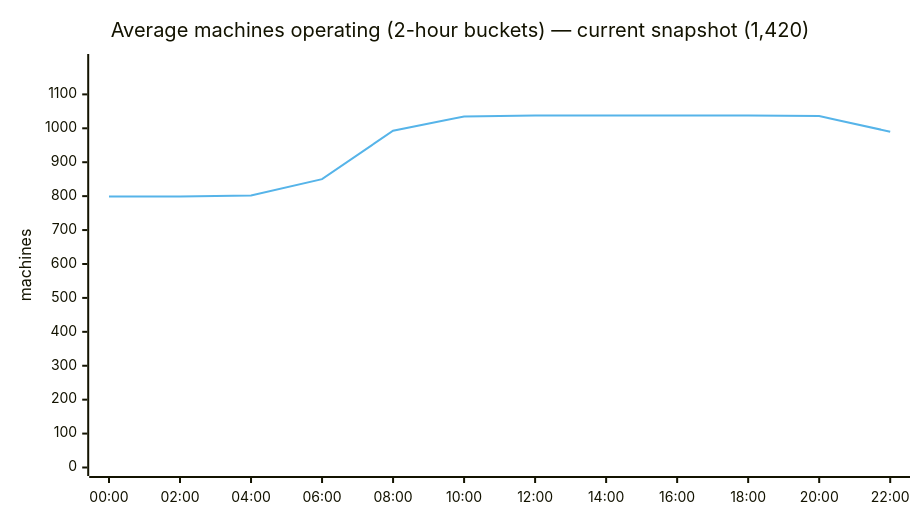
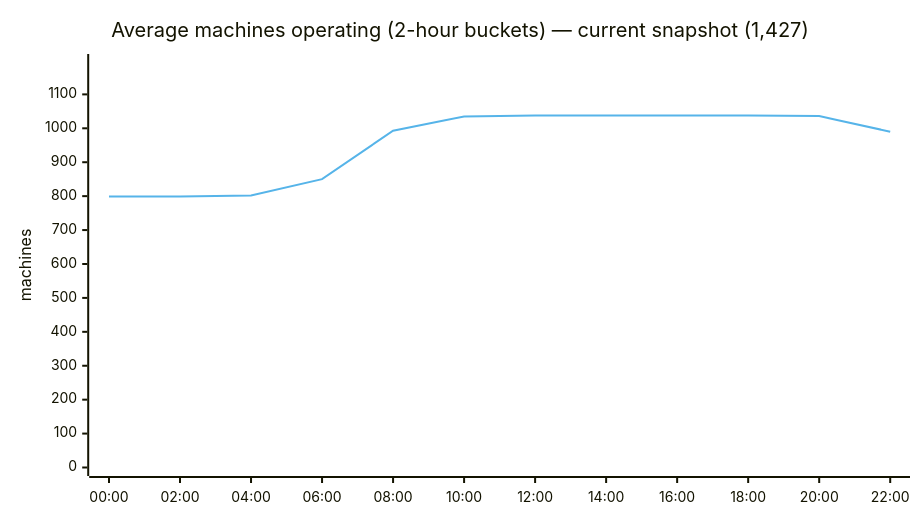
One commit to cheeaun/returnright-data changed the second of 5 diagrams in ANALYSIS.md. Above: the diagram before and after it, drawn with Mermaid. The commit also changed other lines of this file and 4 other files, not shown here.

````diff
--- a/ANALYSIS.md
+++ b/ANALYSIS.md
@@ -66,15 +64,15 @@
 ```mermaid
 ---
 config:
   themeVariables:
     xyChart:
       plotColorPalette: "#56B4E9"
   xyChart:
     width: 900
 ---
 xychart-beta
-    title "Average machines operating (2-hour buckets) — current snapshot (1,420)"
+    title "Average machines operating (2-hour buckets) — current snapshot (1,427)"
     x-axis ["00:00", "02:00", "04:00", "06:00", "08:00", "10:00", "12:00", "14:00", "16:00", "18:00", "20:00", "22:00"]
     y-axis "machines" 0 --> 1194
     line [799, 799, 802, 850, 993, 1035, 1038, 1038, 1038, 1038, 1036, 990]
 ```
````
